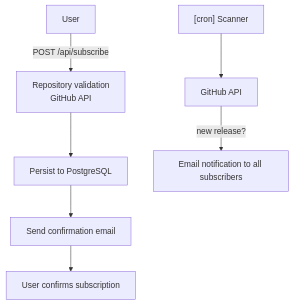
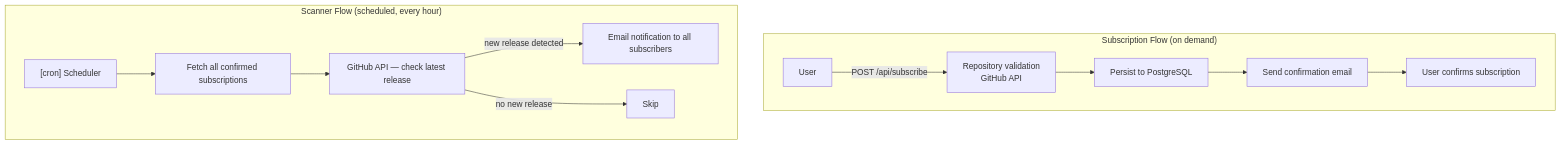
Before and after one commit to GenesisEducationKyiv/software-engineering-school-6-0-Hradivnyk: the first of 6 diagrams in docs/system-design.md, drawn with Mermaid. The commit also changed other lines of this file and 2 other files, not shown here.

Commit message:
docs: update system design documentation and GitHub service to improve rate limit handling and clarify subscription flow

````diff
--- a/docs/system-design.md
+++ b/docs/system-design.md
@@ -23,9 +23,16 @@
 ```mermaid
 flowchart TD
-    A[User] -->|POST /api/subscribe| B[Repository validation\nGitHub API]
-    B --> C[Persist to PostgreSQL]
-    C --> D[Send confirmation email]
-    D --> E[User confirms subscription]
-    F["[cron] Scanner"] --> G[GitHub API]
-    G -->|new release?| H[Email notification to all subscribers]
+    subgraph Sub["Subscription Flow (on demand)"]
+        A[User] -->|POST /api/subscribe| B[Repository validation\nGitHub API]
+        B --> C[Persist to PostgreSQL]
+        C --> D[Send confirmation email]
+        D --> E[User confirms subscription]
+    end
+
+    subgraph Scan["Scanner Flow (scheduled, every hour)"]
+        F["[cron] Scheduler"] --> G[Fetch all confirmed subscriptions]
+        G --> H[GitHub API — check latest release]
+        H -->|new release detected| I[Email notification to all subscribers]
+        H -->|no new release| J[Skip]
+    end
 ```
````
